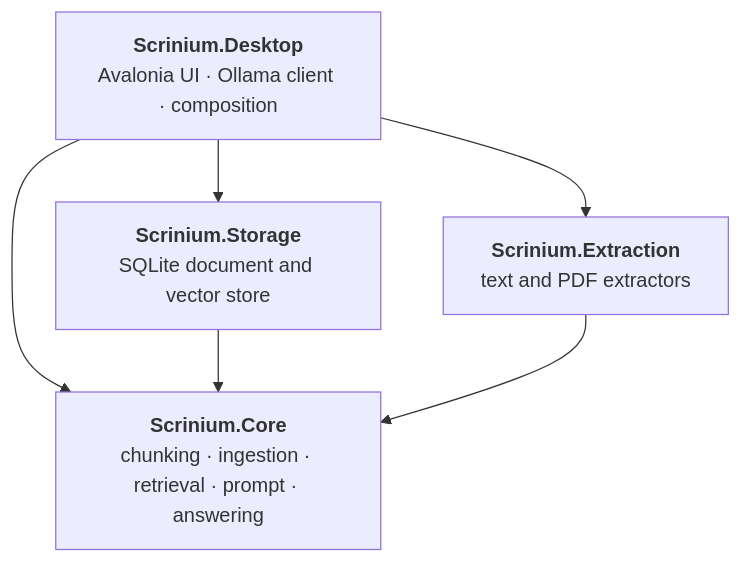
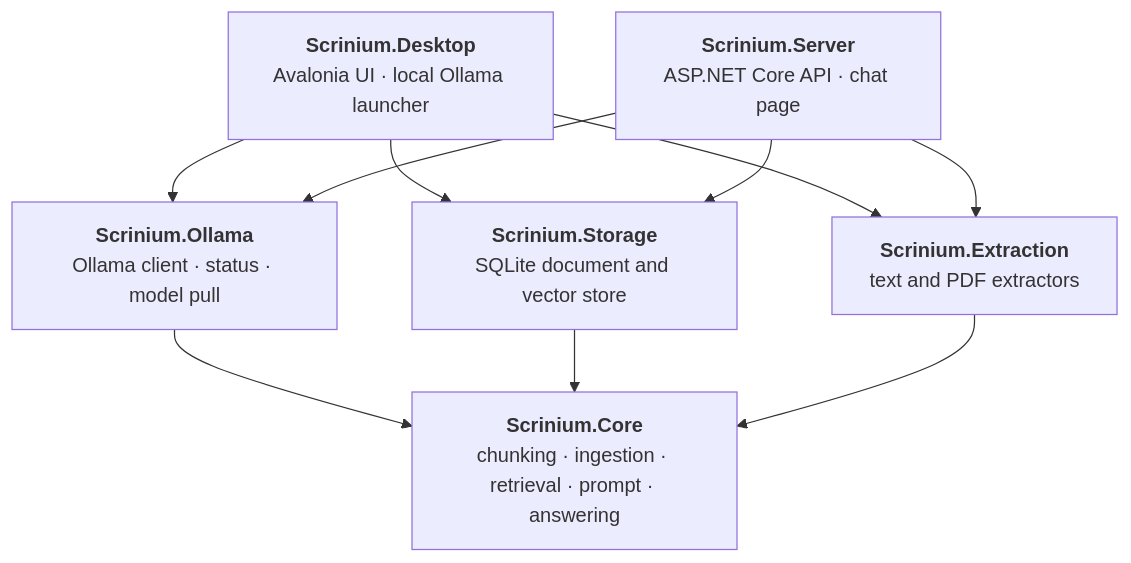
Before and after one commit to sburdenko/scrinium: the fifth of 5 diagrams in README.md, drawn with Mermaid. The commit also changed other lines of this file and 2 other files, not shown here.

First line of the commit message:
docs: describe the server, its API and configuration

````diff
--- a/README.md
+++ b/README.md
@@ -123,13 +184,19 @@
 ```mermaid
 flowchart TB
-    Desktop["<b>Scrinium.Desktop</b><br/>Avalonia UI · Ollama client · composition"]
+    Desktop["<b>Scrinium.Desktop</b><br/>Avalonia UI · local Ollama launcher"]
+    Server["<b>Scrinium.Server</b><br/>ASP.NET Core API · chat page"]
+    Ollama["<b>Scrinium.Ollama</b><br/>Ollama client · status · model pull"]
     Storage["<b>Scrinium.Storage</b><br/>SQLite document and vector store"]
     Extraction["<b>Scrinium.Extraction</b><br/>text and PDF extractors"]
     Core["<b>Scrinium.Core</b><br/>chunking · ingestion · retrieval · prompt · answering"]
 
+    Desktop --> Ollama
     Desktop --> Storage
     Desktop --> Extraction
-    Desktop --> Core
+    Server --> Ollama
+    Server --> Storage
+    Server --> Extraction
+    Ollama --> Core
     Storage --> Core
     Extraction --> Core
 ```
````
